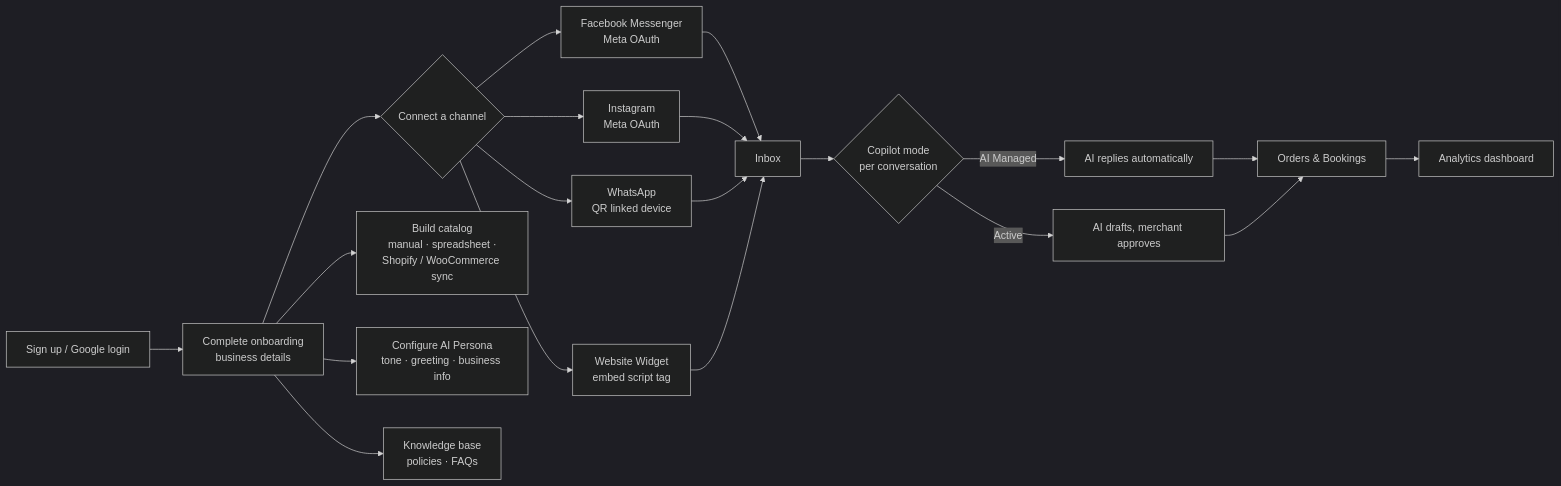
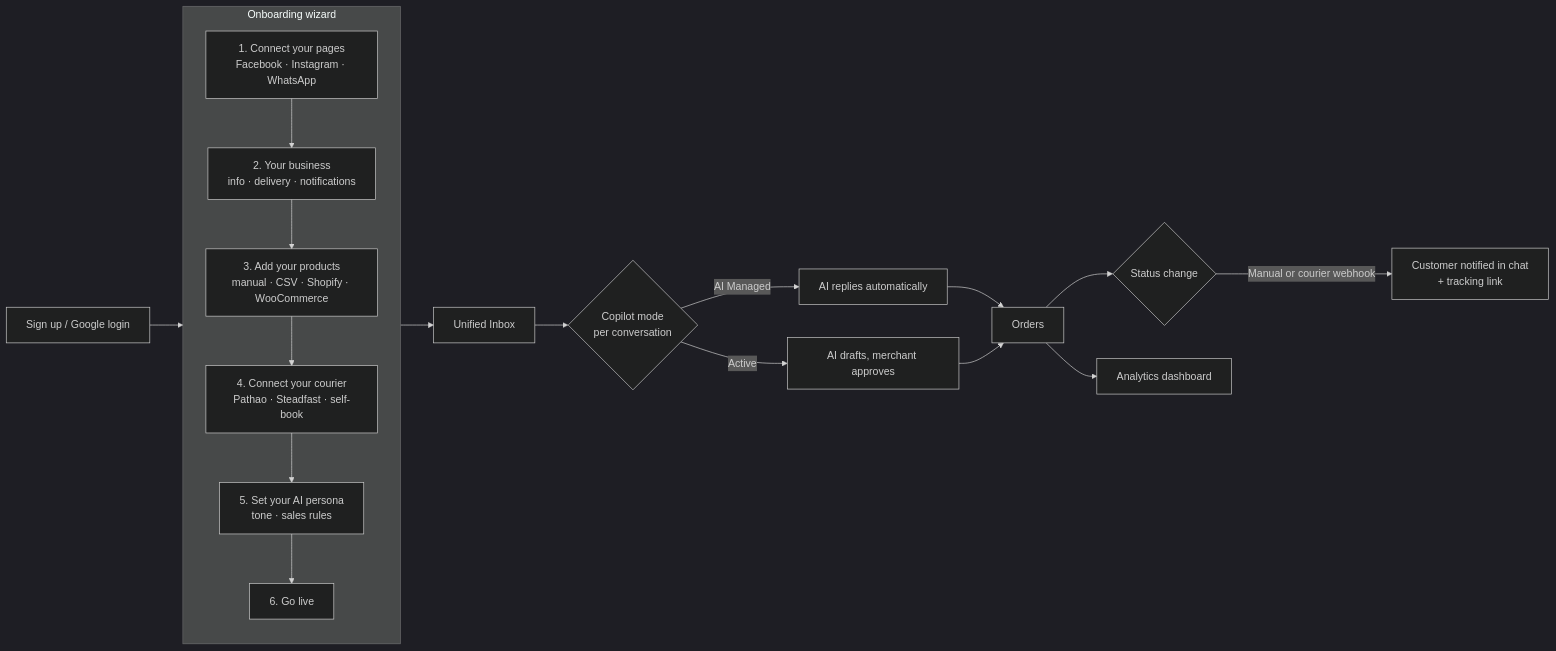
One commit to SafatUddin/Remlin changed the third of 3 diagrams in README.md. Above: the diagram before and after it, drawn with Mermaid (dark theme). The commit also changed other lines of this file and 51 other files, not shown here.

Commit message:
Implemented a new and better onboardin for better user experience and improved AI persona as well as implemented a cleaner and more informative analytics dashboard.

````diff
--- a/README.md
+++ b/README.md
@@ -170,22 +226,25 @@
 ```mermaid
 flowchart LR
-    A[Sign up / Google login] --> B[Complete onboarding<br/>business details]
-    B --> C{Connect a channel}
-    C --> C1[Facebook Messenger<br/>Meta OAuth]
-    C --> C2[Instagram<br/>Meta OAuth]
-    C --> C3[WhatsApp<br/>QR linked device]
-    C --> C4[Website Widget<br/>embed script tag]
-    B --> D[Build catalog<br/>manual · spreadsheet ·<br/>Shopify / WooCommerce sync]
-    B --> E[Configure AI Persona<br/>tone · greeting · business info]
-    B --> KB[Knowledge base<br/>policies · FAQs]
-    C1 --> F[Inbox]
-    C2 --> F
-    C3 --> F
-    C4 --> F
+    A[Sign up / Google login] --> B
+
+    subgraph B[Onboarding wizard]
+        direction TB
+        B1[1. Connect your pages<br/>Facebook · Instagram · WhatsApp]
+        B2[2. Your business<br/>info · delivery · notifications]
+        B3[3. Add your products<br/>manual · CSV · Shopify · WooCommerce]
+        B4[4. Connect your courier<br/>Pathao · Steadfast · self-book]
+        B5[5. Set your AI persona<br/>tone · sales rules]
+        B6[6. Go live]
+        B1 --> B2 --> B3 --> B4 --> B5 --> B6
+    end
+
+    B --> F[Unified Inbox]
     F --> G{Copilot mode<br/>per conversation}
     G -->|AI Managed| H[AI replies automatically]
     G -->|Active| I[AI drafts, merchant approves]
-    H --> J[Orders & Bookings]
+    H --> J[Orders]
     I --> J
-    J --> K[Analytics dashboard]
+    J --> K{Status change}
+    K -->|Manual or courier webhook| L[Customer notified in chat<br/>+ tracking link]
+    J --> M[Analytics dashboard]
 ```
````
